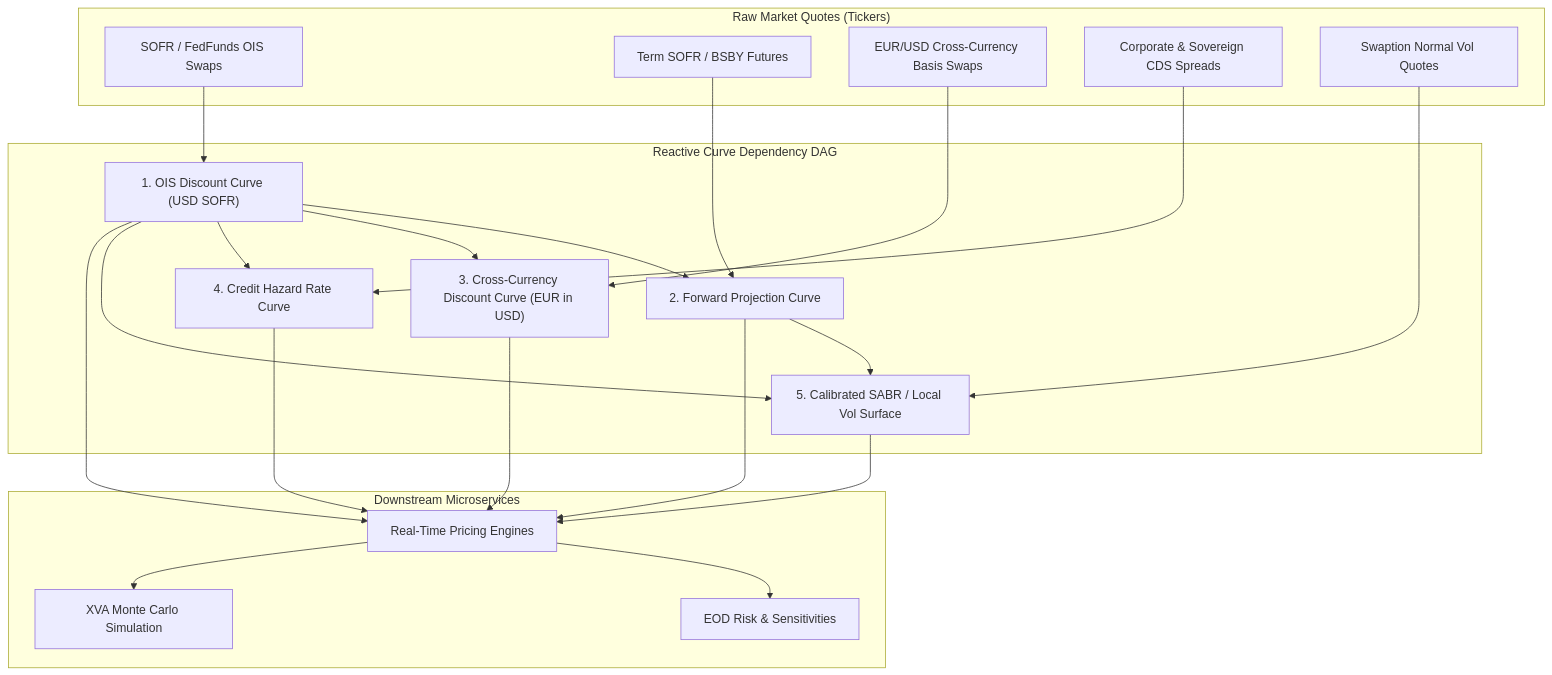
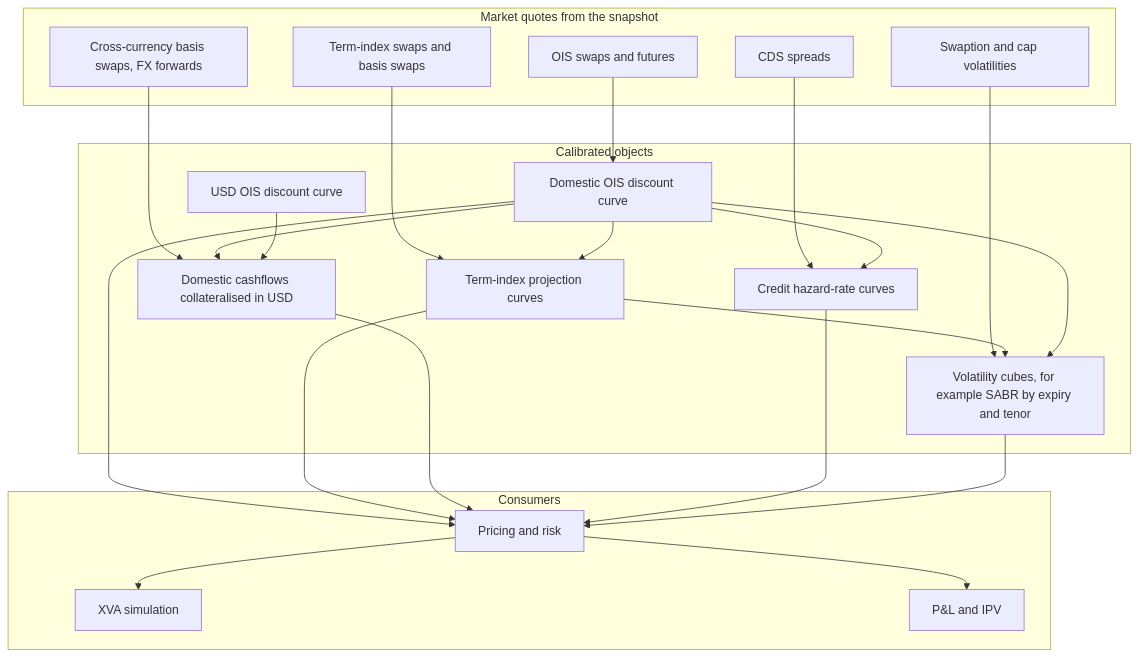
The first of 3 diagrams in 18-Pricing-and-Risk-Systems/04-Curve-and-Surface-Service.md (shreejitverma/The-Quant-Prep), drawn with Mermaid before and after one commit. The commit also changed other lines of this file and 12 other files, not shown here.

First line of the commit message:
docs: rebuild pricing and risk systems notes (#50)

````diff
--- a/18-Pricing-and-Risk-Systems/04-Curve-and-Surface-Service.md
+++ b/18-Pricing-and-Risk-Systems/04-Curve-and-Surface-Service.md
@@ -36,43 +38,41 @@
 ```mermaid
 flowchart TB
-    subgraph MarketQuotes["Raw Market Quotes (Tickers)"]
-        FedFunds[SOFR / FedFunds OIS Swaps]
-        TermRates[Term SOFR / BSBY Futures]
-        XCCY[EUR/USD Cross-Currency Basis Swaps]
-        CDS[Corporate & Sovereign CDS Spreads]
-        Swaptions[Swaption Normal Vol Quotes]
+    subgraph Q["Market quotes from the snapshot"]
+        OISQ["OIS swaps and futures"]
+        TENQ["Term-index swaps and basis swaps"]
+        XQ["Cross-currency basis swaps, FX forwards"]
+        CDSQ["CDS spreads"]
+        VQ["Swaption and cap volatilities"]
     end
-
-    subgraph CalibrationDAG["Reactive Curve Dependency DAG"]
-        OISCurve["1. OIS Discount Curve (USD SOFR)"]
-        FwdCurve["2. Forward Projection Curve"]
-        BasisCurve["3. Cross-Currency Discount Curve (EUR in USD)"]
-        CreditCurve["4. Credit Hazard Rate Curve"]
-        VolSurface["5. Calibrated SABR / Local Vol Surface"]
+    subgraph C["Calibrated objects"]
+        OIS["Domestic OIS discount curve"]
+        FWD["Term-index projection curves"]
+        USDOIS["USD OIS discount curve"]
+        XCCY["Domestic cashflows collateralised in USD"]
+        HAZ["Credit hazard-rate curves"]
+        VOL["Volatility cubes, for example SABR by expiry and tenor"]
     end
-
-    subgraph DownstreamConsumers["Downstream Microservices"]
-        Pricer[Real-Time Pricing Engines]
-        Risk[EOD Risk & Sensitivities]
-        XVA[XVA Monte Carlo Simulation]
+    subgraph U["Consumers"]
+        PX["Pricing and risk"]
+        XVA["XVA simulation"]
+        PL["P&L and IPV"]
     end
-
-    FedFunds --> OISCurve
-    TermRates --> FwdCurve
-    OISCurve --> FwdCurve
-    XCCY --> BasisCurve
-    OISCurve --> BasisCurve
-    CDS --> CreditCurve
-    OISCurve --> CreditCurve
-    Swaptions --> VolSurface
-    OISCurve --> VolSurface
-    FwdCurve --> VolSurface
-
-    OISCurve --> Pricer
-    FwdCurve --> Pricer
-    BasisCurve --> Pricer
-    CreditCurve --> Pricer
-    VolSurface --> Pricer
-    Pricer --> Risk
-    Pricer --> XVA
+    OISQ --> OIS
+    TENQ --> FWD
+    OIS --> FWD
+    XQ --> XCCY
+    OIS --> XCCY
+    USDOIS --> XCCY
+    CDSQ --> HAZ
+    OIS --> HAZ
+    VQ --> VOL
+    FWD --> VOL
+    OIS --> VOL
+    OIS --> PX
+    FWD --> PX
+    XCCY --> PX
+    HAZ --> PX
+    VOL --> PX
+    PX --> XVA
+    PX --> PL
 ```
````
